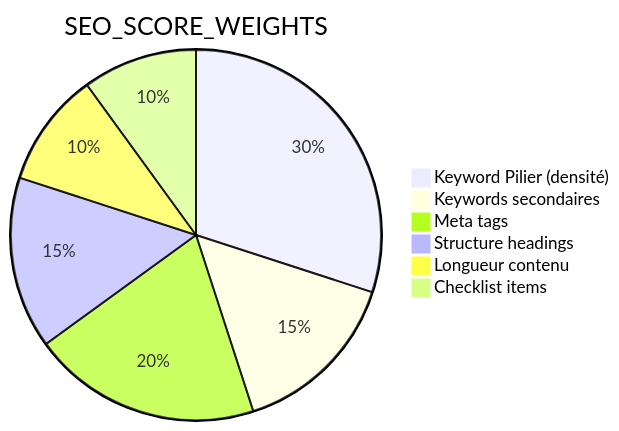
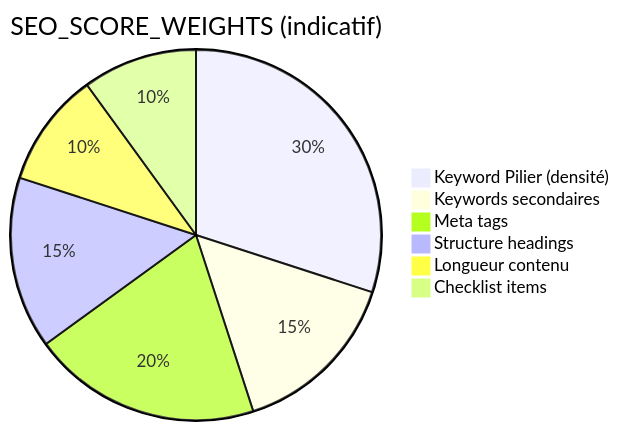
One commit to annubis-knight/Blog_Redactor_SEO changed diagram 16 of 24 in ARCHITECTURE_FLOWS.md. Above: the diagram before and after it, drawn with Mermaid. The commit also changed other lines of this file and 400 other files, not shown here.

````diff
--- a/ARCHITECTURE_FLOWS.md
+++ b/ARCHITECTURE_FLOWS.md
@@ -642,9 +722,9 @@
 ```mermaid
-pie title SEO_SCORE_WEIGHTS
+pie title SEO_SCORE_WEIGHTS (indicatif)
     "Keyword Pilier (densité)" : 30
     "Keywords secondaires" : 15
     "Meta tags" : 20
     "Structure headings" : 15
     "Longueur contenu" : 10
     "Checklist items" : 10
 ```
````
